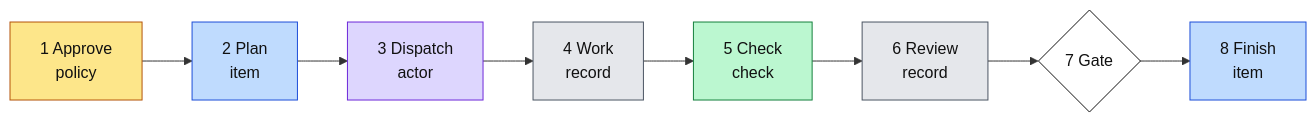
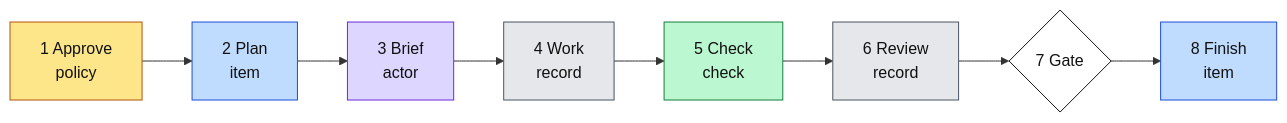
Before and after one commit to nguyenhoanhson797/Context-Rail: the second of 6 diagrams in README.md, drawn with Mermaid. The commit also changed other lines of this file and 20 other files, not shown here.

````diff
--- a/README.md
+++ b/README.md
@@ -148,18 +152,18 @@
 ```mermaid
 flowchart LR
-    S1["1 Approve<br/>policy"] --> S2["2 Plan<br/>item"] --> S3["3 Dispatch<br/>actor"] --> S4["4 Work<br/>record"] --> S5["5 Check<br/>check"] --> S6["6 Review<br/>record"] --> S7{"7 Gate"} --> S8["8 Finish<br/>item"]
+    S1["1 Approve<br/>policy"] --> S2["2 Plan<br/>item"] --> S3["3 Brief<br/>actor"] --> S4["4 Work<br/>record"] --> S5["5 Check<br/>check"] --> S6["6 Review<br/>record"] --> S7{"7 Gate"} --> S8["8 Finish<br/>item"]
 
     classDef cPolicy fill:#fde68a,stroke:#b45309,color:#111
     classDef cItem fill:#bfdbfe,stroke:#1d4ed8,color:#111
     classDef cCheck fill:#bbf7d0,stroke:#15803d,color:#111
     classDef cRecord fill:#e5e7eb,stroke:#4b5563,color:#111
     classDef cNote fill:#fbcfe8,stroke:#be185d,color:#111
     classDef cActor fill:#ddd6fe,stroke:#6d28d9,color:#111
     classDef cGate fill:#fff,stroke:#111,color:#111
     class S1 cPolicy
     class S2,S8 cItem
     class S3 cActor
     class S4,S6 cRecord
     class S5 cCheck
     class S7 cGate
 ```
````
